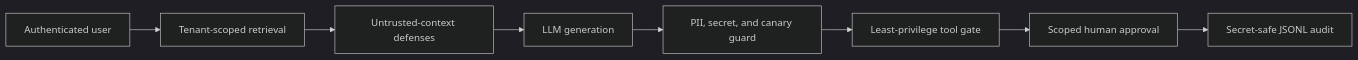
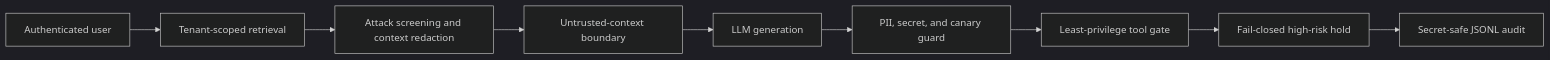
Before and after one commit to ictup/LLM_Privacy: the diagram in docs/security_controls.md, drawn with Mermaid (dark theme). The commit also changed other lines of this file and 7 other files, not shown here.

````diff
--- a/docs/security_controls.md
+++ b/docs/security_controls.md
@@ -10,10 +9,11 @@
 ```mermaid
 flowchart LR
     U[Authenticated user] --> T[Tenant-scoped retrieval]
-    T --> C[Untrusted-context defenses]
-    C --> M[LLM generation]
+    T --> C[Attack screening and context redaction]
+    C --> B[Untrusted-context boundary]
+    B --> M[LLM generation]
     M --> P[PII, secret, and canary guard]
     P --> G[Least-privilege tool gate]
-    G --> H[Scoped human approval]
+    G --> H[Fail-closed high-risk hold]
     H --> A[Secret-safe JSONL audit]
 ```
````
